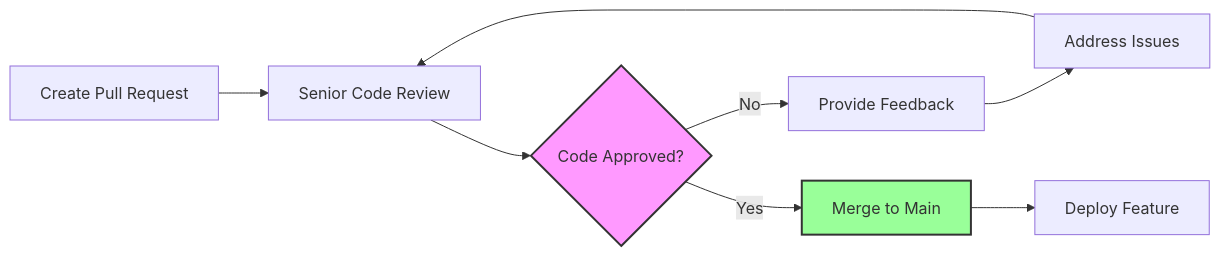
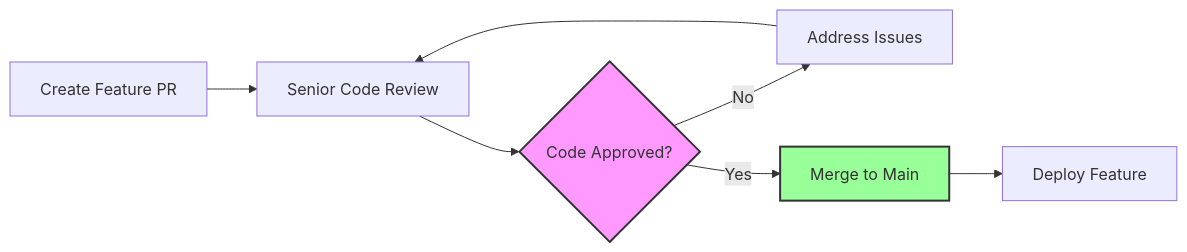
Before and after one commit to jluisflo/the-future-of-coding: the fifth of 5 diagrams in tdd-adoption-brief.md, drawn with Mermaid. The commit also changed other lines of this file and 2 other files, not shown here.

````diff
--- a/tdd-adoption-brief.md
+++ b/tdd-adoption-brief.md
@@ -210,13 +170,12 @@
 ```mermaid
 graph LR
-    A[Create Pull Request] --> B[Senior Code Review]
+    A[Create Feature PR] --> B[Senior Code Review]
     B --> C{Code Approved?}
-    C -->|No| D[Provide Feedback]
-    D --> E[Address Issues]
-    E --> B
-    C -->|Yes| F[Merge to Main]
-    F --> G[Deploy Feature]
+    C -->|No| D[Address Issues]
+    D --> B
+    C -->|Yes| E[Merge to Main]
+    E --> F[Deploy Feature]
     
     style C fill:#f9f,stroke:#333,stroke-width:2px
-    style F fill:#9f9,stroke:#333,stroke-width:2px
+    style E fill:#9f9,stroke:#333,stroke-width:2px
 ```
````
